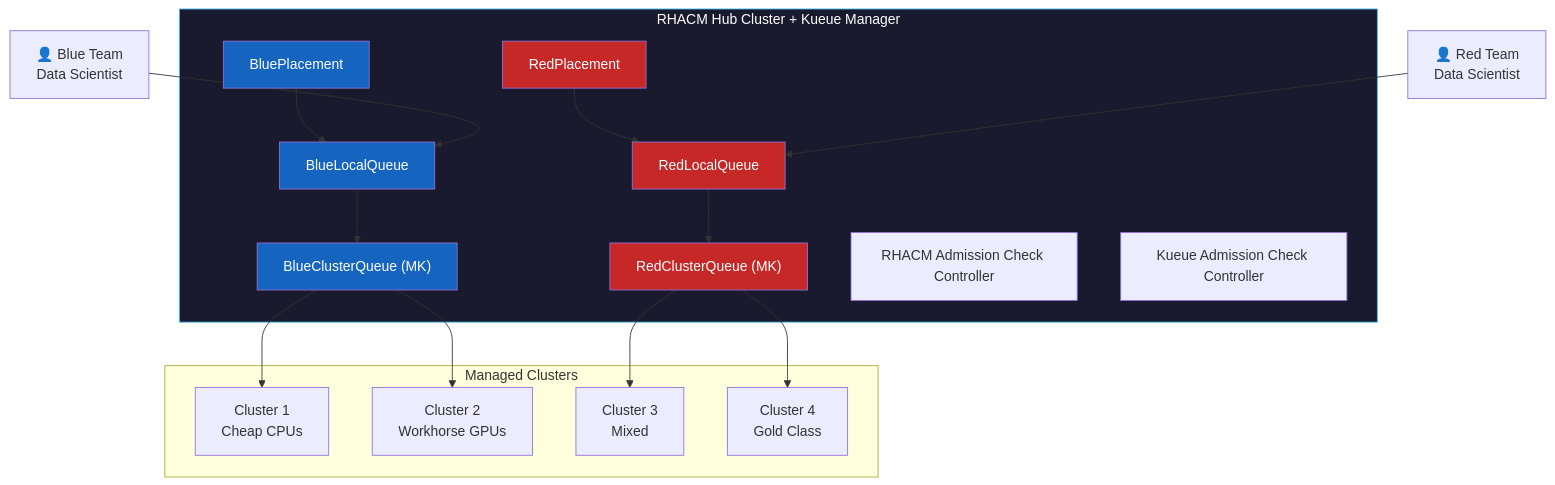
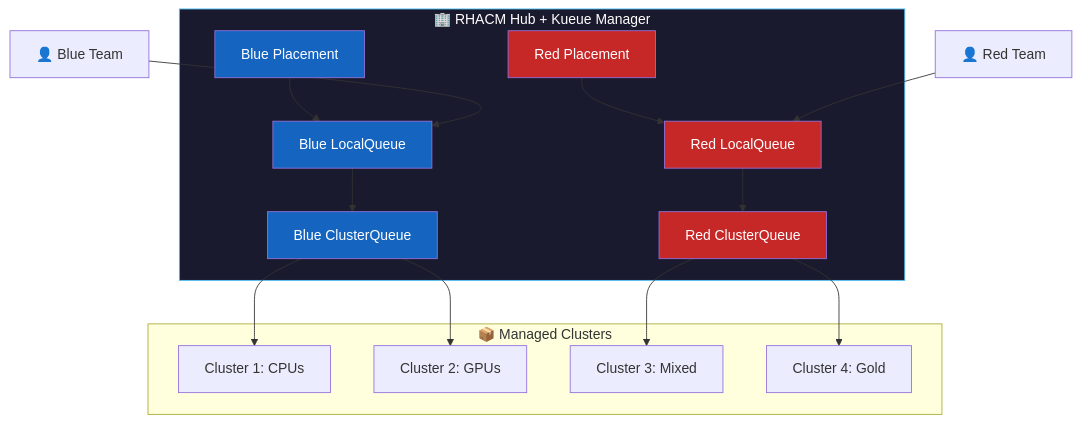
Before and after one commit to rrbanda/GPUaaS-RHACM: the fourth of 4 diagrams in docs/concepts.md, drawn with Mermaid. The commit also changed other lines of this file, not shown here.

Commit message:
Improve Mermaid diagrams - more even block sizing and cleaner labels

````diff
--- a/docs/concepts.md
+++ b/docs/concepts.md
@@ -219,35 +219,32 @@
 ```mermaid
 flowchart TB
-    subgraph hub["RHACM Hub Cluster + Kueue Manager"]
-        bp["BluePlacement"] --> blq["BlueLocalQueue"]
-        rp["RedPlacement"] --> rlq["RedLocalQueue"]
-        blq --> bcq["BlueClusterQueue (MK)"]
-        rlq --> rcq["RedClusterQueue (MK)"]
-        
-        acc["RHACM Admission Check Controller"]
-        kac["Kueue Admission Check Controller"]
+    subgraph hub["🏢 RHACM Hub + Kueue Manager"]
+        bp["Blue Placement"] --> blq["Blue LocalQueue"]
+        rp["Red Placement "] --> rlq["Red LocalQueue "]
+        blq --> bcq["Blue ClusterQueue"]
+        rlq --> rcq["Red ClusterQueue "]
     end
     
-    subgraph clusters["Managed Clusters"]
-        c1["Cluster 1<br/>Cheap CPUs"]
-        c2["Cluster 2<br/>Workhorse GPUs"]
-        c3["Cluster 3<br/>Mixed"]
-        c4["Cluster 4<br/>Gold Class"]
+    subgraph clusters["📦 Managed Clusters"]
+        c1["Cluster 1: CPUs "]
+        c2["Cluster 2: GPUs "]
+        c3["Cluster 3: Mixed"]
+        c4["Cluster 4: Gold "]
     end
     
     bcq --> c1
     bcq --> c2
     rcq --> c3
     rcq --> c4
     
-    ds1["👤 Blue Team<br/>Data Scientist"] --> blq
-    ds2["👤 Red Team<br/>Data Scientist"] --> rlq
+    ds1["👤 Blue Team"] --> blq
+    ds2["👤 Red Team "] --> rlq
     
     style hub fill:#1a1a2e,stroke:#4fc3f7,color:#fff
     style bp fill:#1565c0,color:#fff
     style blq fill:#1565c0,color:#fff
     style bcq fill:#1565c0,color:#fff
     style rp fill:#c62828,color:#fff
     style rlq fill:#c62828,color:#fff
     style rcq fill:#c62828,color:#fff
 ```
````
